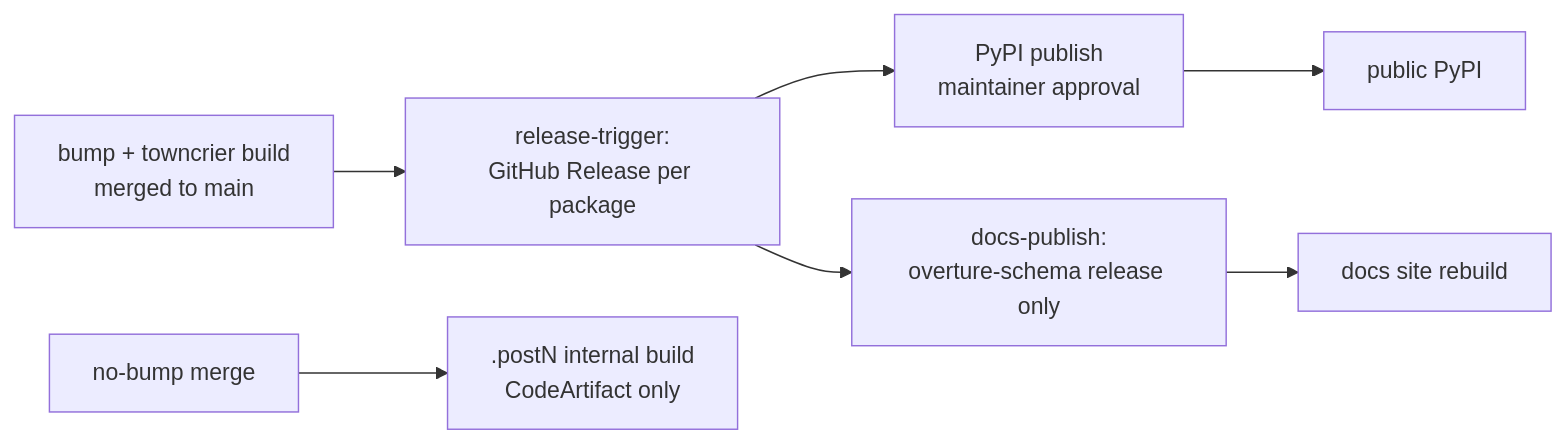
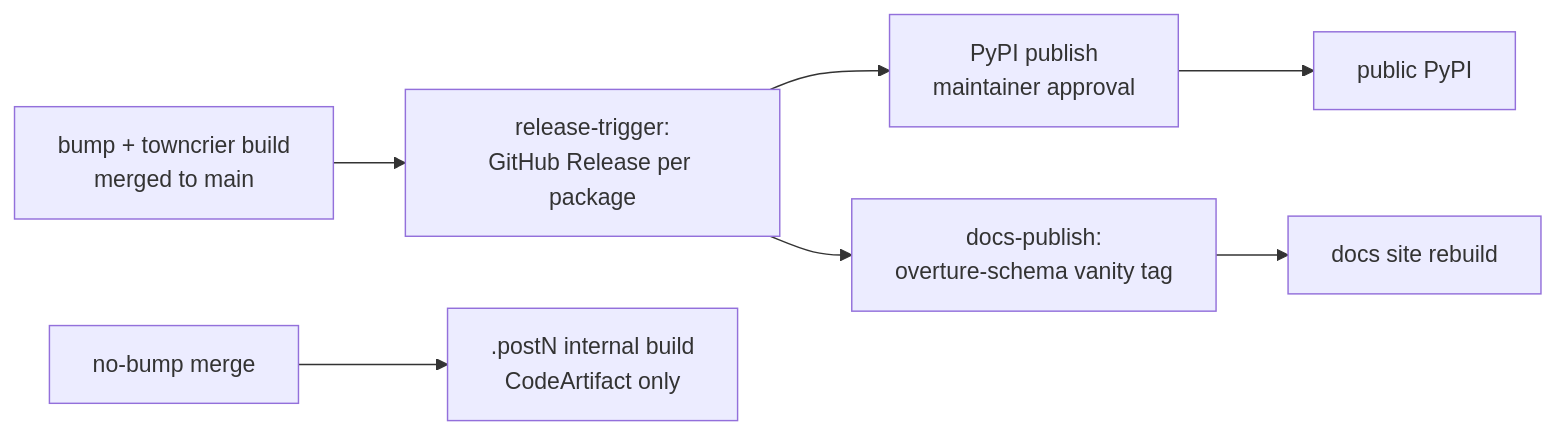
The diagram in docs/versioning.md (OvertureMaps/schema), drawn with Mermaid before and after one commit. The commit also changed other lines of this file and 1 other file, not shown here.

First line of the commit message:
Move docs-publish.yml's in-depth comments into versioning.md

````diff
--- a/docs/versioning.md
+++ b/docs/versioning.md
@@ -181,7 +191,7 @@
 ```mermaid
 flowchart LR
     A[bump + towncrier build<br/>merged to main] --> B[release-trigger:<br/>GitHub Release per package]
     B --> C[PyPI publish<br/>maintainer approval] --> D[public PyPI]
-    B --> G[docs-publish:<br/>overture-schema release only] --> H[docs site rebuild]
+    B --> G[docs-publish:<br/>overture-schema vanity tag] --> H[docs site rebuild]
     E[no-bump merge] --> F[.postN internal build<br/>CodeArtifact only]
 ```
````
